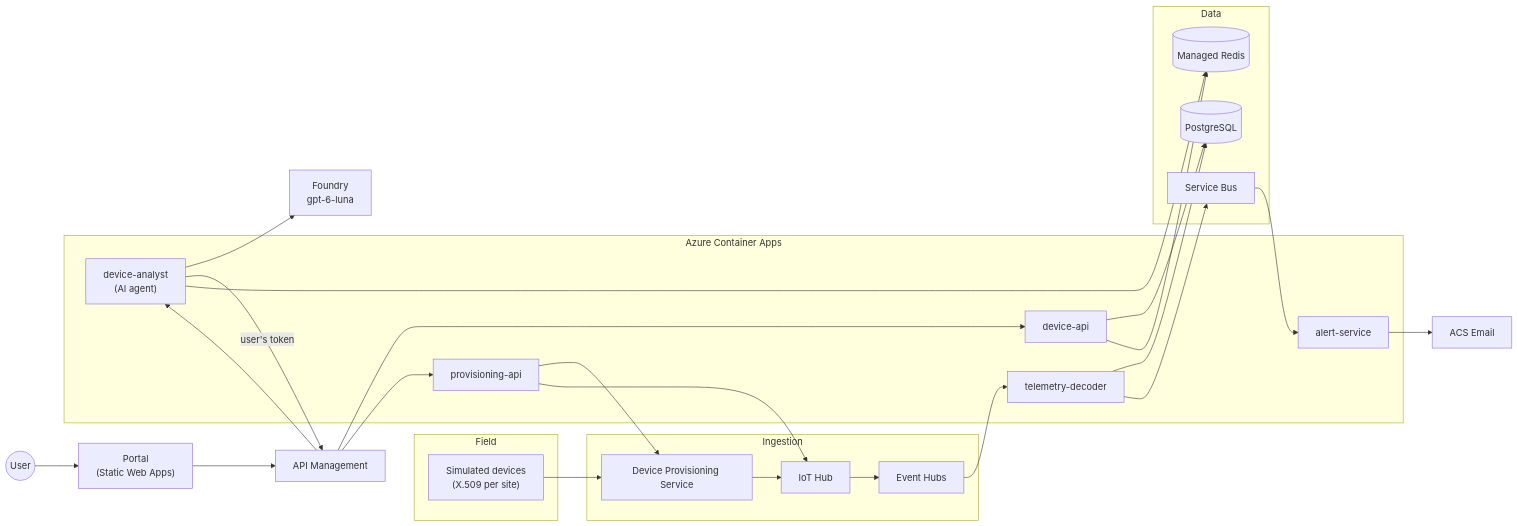
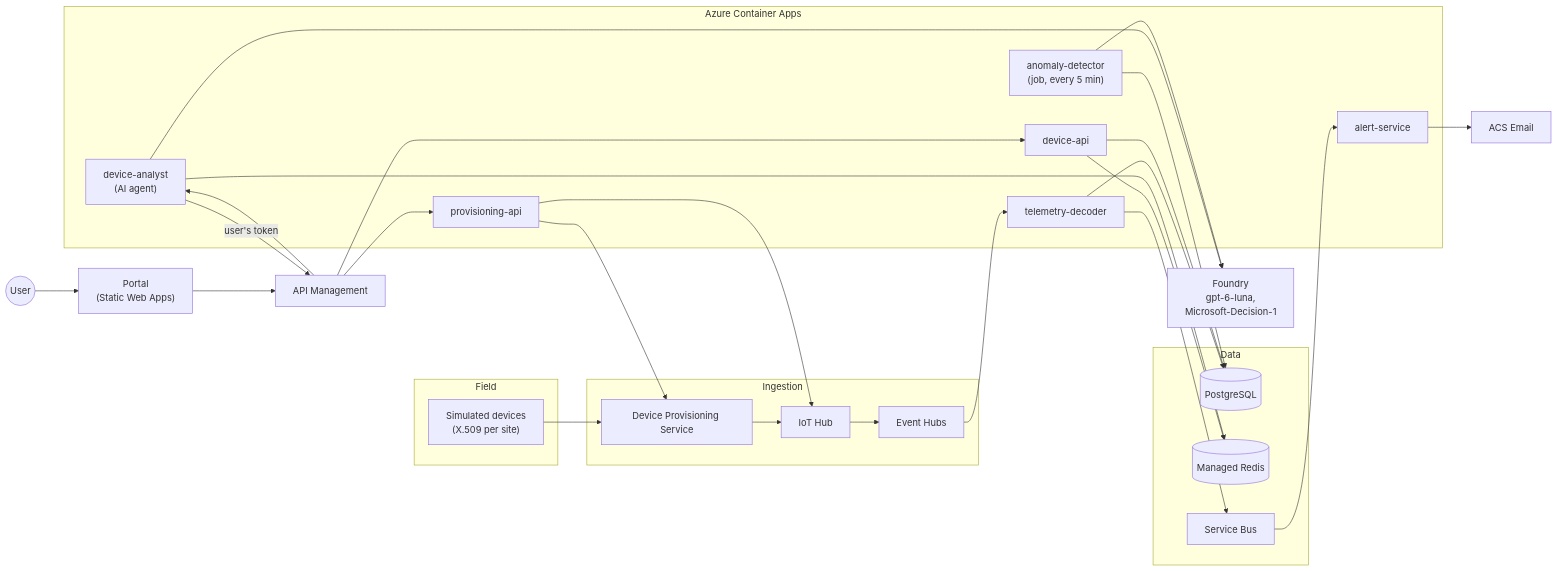
Before and after one commit to ikhemissi/smart-device-platform-sample: the first of 10 diagrams in README.md, drawn with Mermaid. The commit also changed other lines of this file and 4 other files, not shown here.

````diff
--- a/README.md
+++ b/README.md
@@ -25,33 +26,36 @@
 ```mermaid
 flowchart LR
   subgraph Field
     DEV["Simulated devices<br/>(X.509 per site)"]
   end
   subgraph Ingestion
     DPS[Device Provisioning Service]
     IOT[IoT Hub]
     EH[Event Hubs]
   end
   subgraph Apps["Azure Container Apps"]
     DEC[telemetry-decoder]
     API[device-api]
     PROV[provisioning-api]
     ALERT[alert-service]
     AGENT["device-analyst<br/>(AI agent)"]
+    DET["anomaly-detector<br/>(job, every 5 min)"]
   end
   subgraph Data
     PG[(PostgreSQL)]
     REDIS[(Managed Redis)]
     SB[Service Bus]
   end
   USER((User)) --> SPA["Portal<br/>(Static Web Apps)"]
   SPA --> APIM[API Management]
   APIM --> API & PROV & AGENT
   DEV --> DPS --> IOT --> EH --> DEC --> PG
   DEC --> SB --> ALERT --> ACS[ACS Email]
   API --> PG & REDIS
   PROV --> DPS & IOT
-  AGENT --> FOUNDRY["Foundry<br/>gpt-6-luna"]
+  AGENT --> FOUNDRY["Foundry<br/>gpt-6-luna,<br/>Microsoft-Decision-1"]
+  DET --> PG
+  DET --> FOUNDRY
   AGENT -->|"user's token"| APIM
   AGENT --> REDIS
 ```
````
